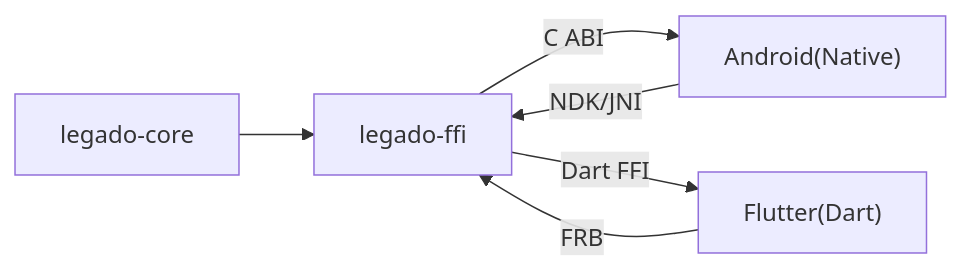
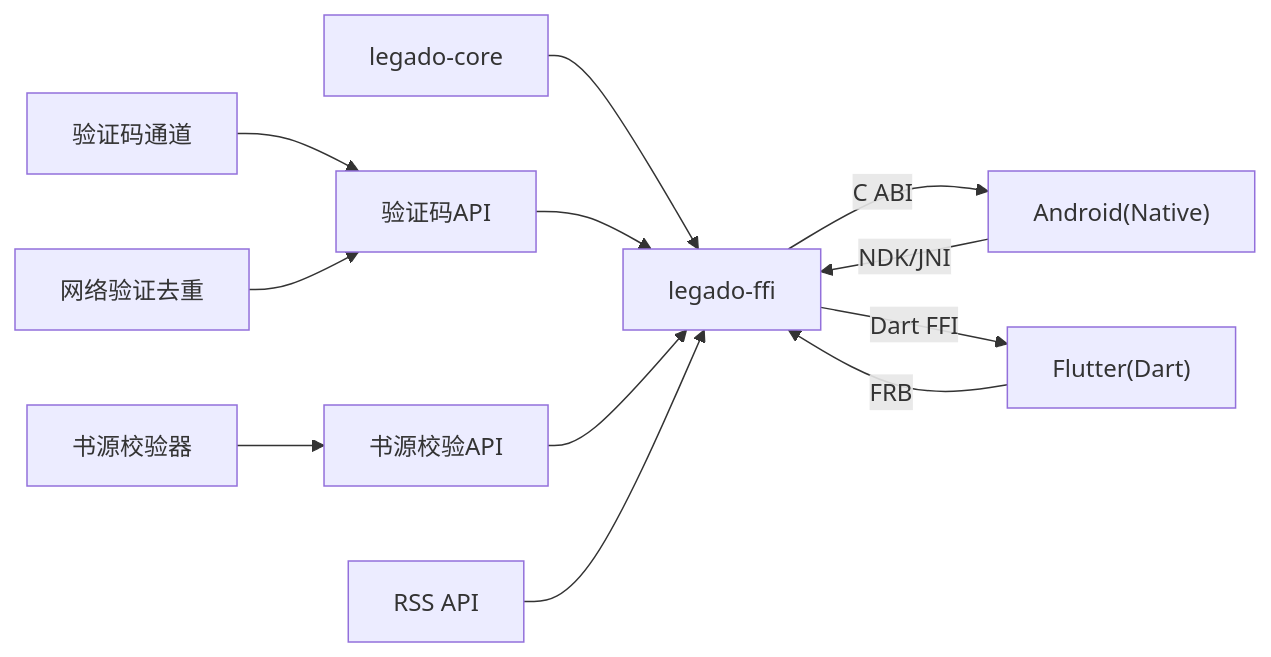
The third of 3 diagrams in .qoder/repowiki/zh/content/Rust核心库/FFI接口.md (ZhangGHGitHub/LegadoTeamFlutter), drawn with Mermaid before and after one commit. The commit also changed other lines of this file and 173 other files, not shown here.

````diff
--- a/.qoder/repowiki/zh/content/Rust核心库/FFI接口.md
+++ b/.qoder/repowiki/zh/content/Rust核心库/FFI接口.md
@@ -221,8 +389,14 @@
 ```mermaid
 graph LR
 core["legado-core"] --> ffi["legado-ffi"]
+verification["验证码通道"] --> verification_api["验证码API"]
+net_verification["网络验证去重"] --> verification_api
+source_checker["书源校验器"] --> source_check_api["书源校验API"]
+verification_api --> ffi
+source_check_api --> ffi
+rss_api["RSS API"] --> ffi
 ffi --> |C ABI| android["Android(Native)"]
 ffi --> |Dart FFI| flutter["Flutter(Dart)"]
 flutter --> |FRB| ffi
 android --> |NDK/JNI| ffi
 ```
````
